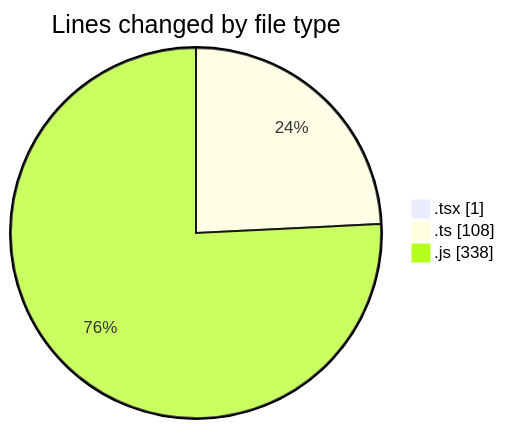
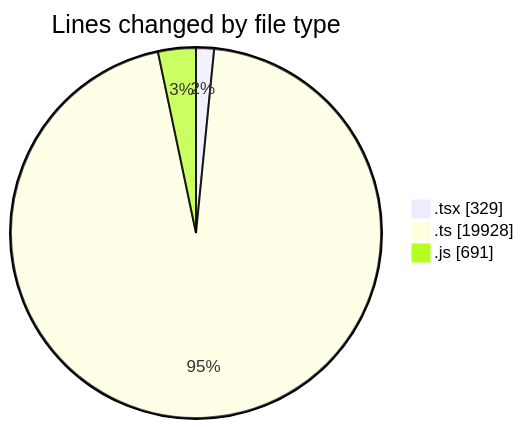
Before and after one commit to momahboobian/code-tracking: the first of 2 diagrams in 2025-12-17/cda/README.md, drawn with Mermaid. The commit also changed other lines of this file and 1 other file, not shown here.

````diff
--- a/2025-12-17/cda/README.md
+++ b/2025-12-17/cda/README.md
@@ -25,7 +32,7 @@
 ```mermaid
 pie showData
 title Lines changed by file type
-".tsx" : 1
-".ts" : 108
-".js" : 338
+".tsx" : 329
+".ts" : 19928
+".js" : 691
 ```
````
